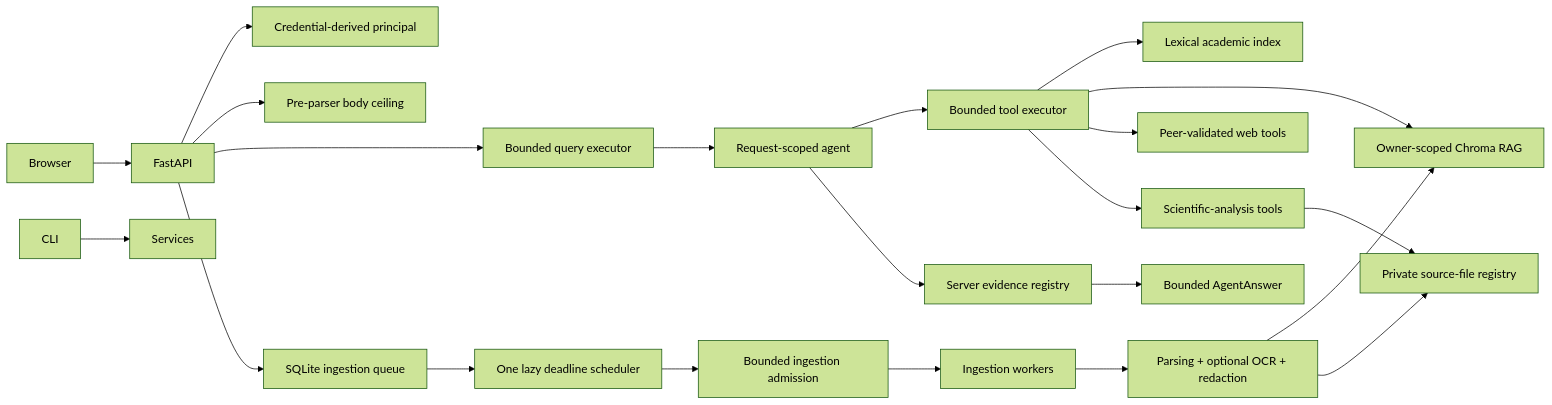
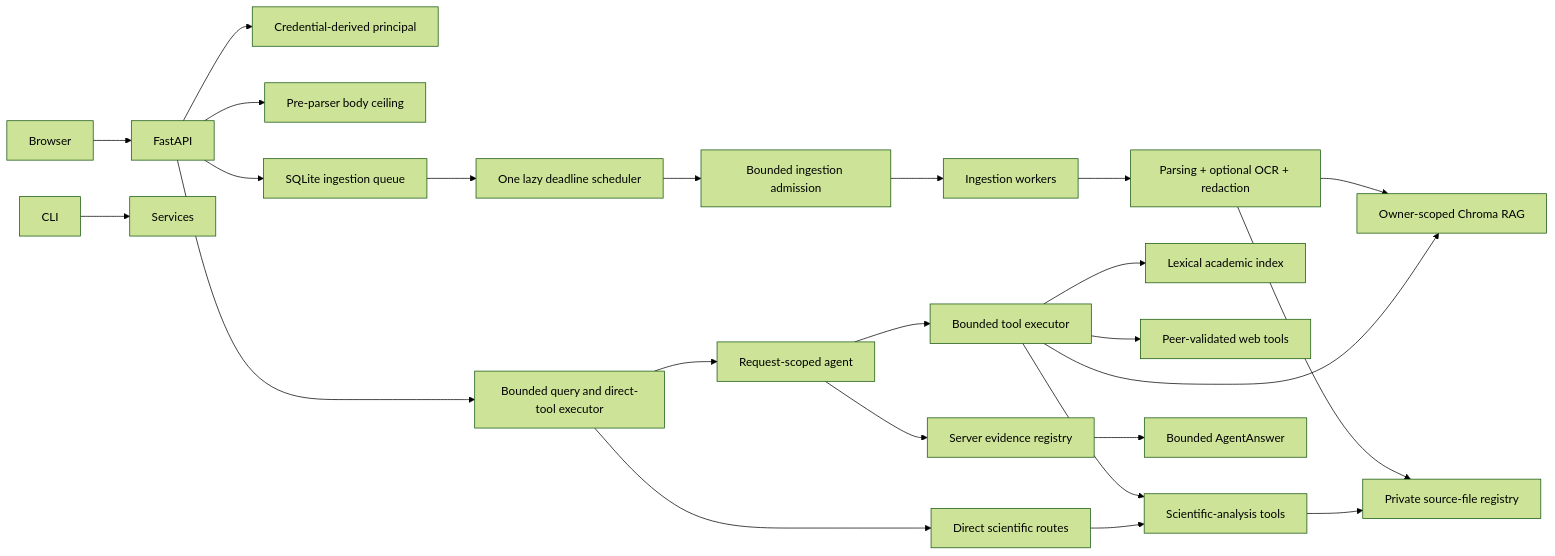
Before and after one commit to Anurag9000/RigorousRAG: the diagram in README.md, drawn with Mermaid (forest theme). The commit also changed other lines of this file, not shown here.

````diff
--- a/README.md
+++ b/README.md
@@ -17,24 +17,26 @@
 ```mermaid
 graph LR
     Browser --> FastAPI
     CLI --> Services
     FastAPI --> Principal[Credential-derived principal]
     FastAPI --> BodyLimit[Pre-parser body ceiling]
-    FastAPI --> QueryPool[Bounded query executor]
-    QueryPool --> Agent[Request-scoped agent]
+    FastAPI --> ResearchPool[Bounded query and direct-tool executor]
+    ResearchPool --> Agent[Request-scoped agent]
+    ResearchPool --> DirectTools[Direct scientific routes]
     FastAPI --> Queue[SQLite ingestion queue]
     Queue --> Scheduler[One lazy deadline scheduler]
     Scheduler --> Admission[Bounded ingestion admission]
     Admission --> Workers[Ingestion workers]
     Workers --> Parser[Parsing + optional OCR + redaction]
     Parser --> RAG[Owner-scoped Chroma RAG]
     Parser --> Registry[Private source-file registry]
     Agent --> ToolPool[Bounded tool executor]
     ToolPool --> Academic[Lexical academic index]
     ToolPool --> RAG
     ToolPool --> Web[Peer-validated web tools]
     ToolPool --> Integrity[Scientific-analysis tools]
+    DirectTools --> Integrity
     Integrity --> Registry
     Agent --> Evidence[Server evidence registry]
     Evidence --> Answer[Bounded AgentAnswer]
 ```
````
